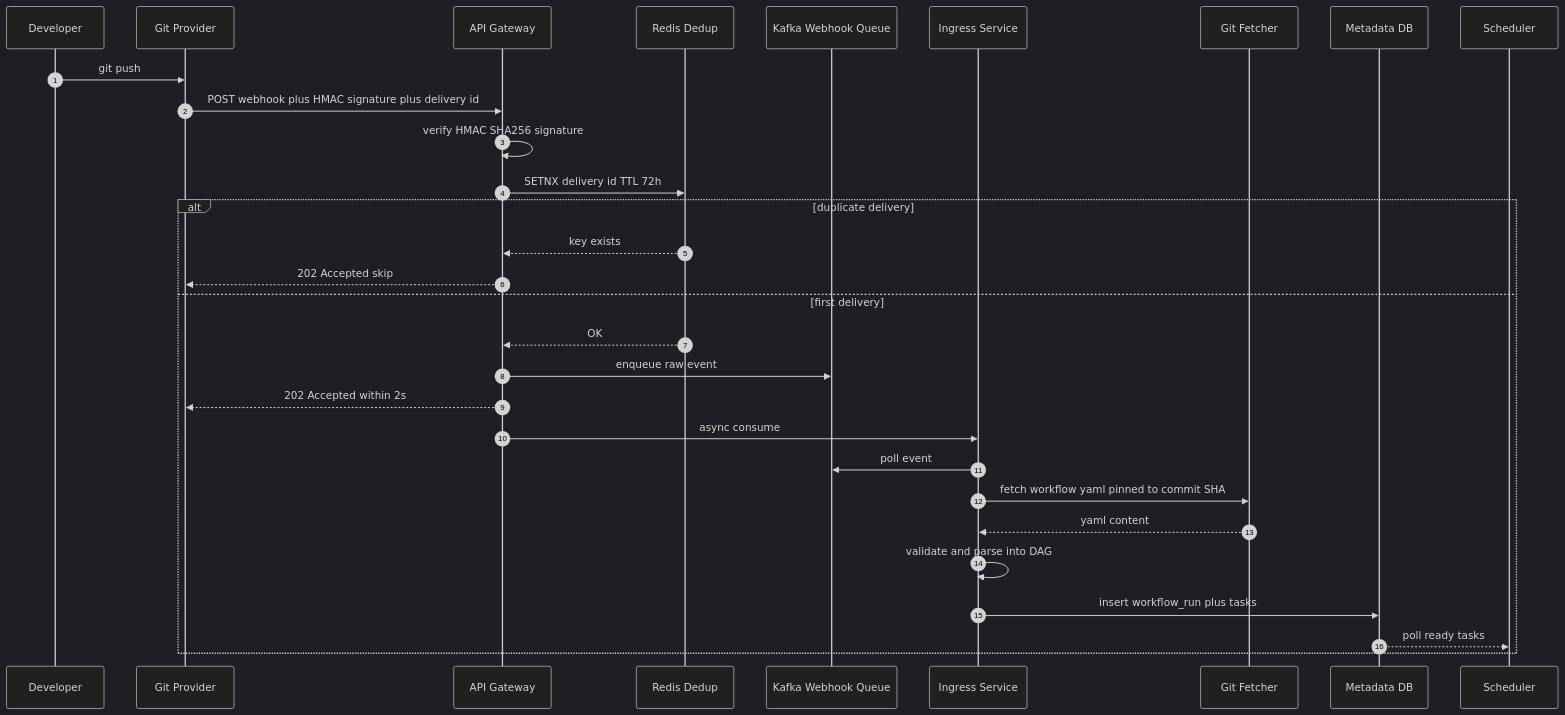
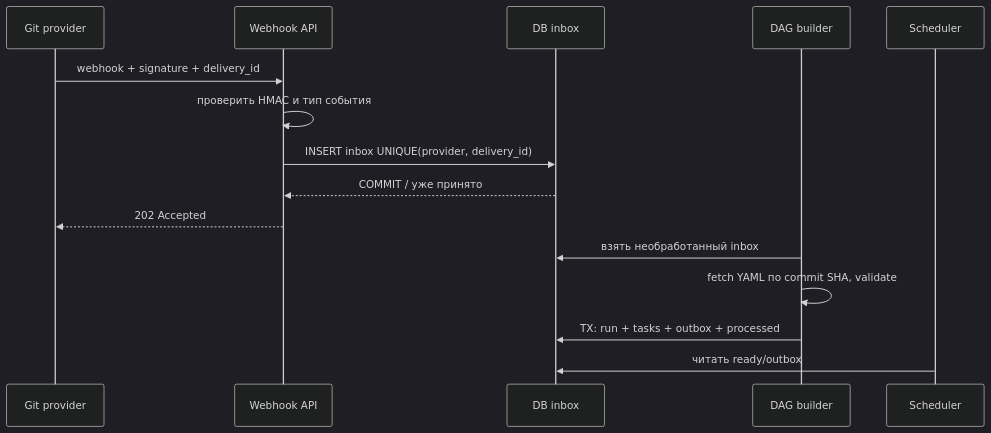
One commit to AlohaJava/system-design-interview-chamkin changed the second of 6 diagrams in 02-case-studies/ci-cd-system.md. Above: the diagram before and after it, drawn with Mermaid (dark theme). The commit also changed other lines of this file and 49 other files, not shown here.

````diff
--- a/02-case-studies/ci-cd-system.md
+++ b/02-case-studies/ci-cd-system.md
@@ -165,33 +130,17 @@
 ```mermaid
 sequenceDiagram
-    autonumber
-    participant D as Developer
-    participant G as Git Provider
-    participant A as API Gateway
-    participant R as Redis Dedup
-    participant K as Kafka Webhook Queue
-    participant I as Ingress Service
-    participant F as Git Fetcher
-    participant M as Metadata DB
+    participant G as Git provider
+    participant A as Webhook API
+    participant D as DB inbox
+    participant I as DAG builder
     participant S as Scheduler
-
-    D->>G: git push
-    G->>A: POST webhook plus HMAC signature plus delivery id
-    A->>A: verify HMAC SHA256 signature
-    A->>R: SETNX delivery id TTL 72h
-    alt duplicate delivery
-        R-->>A: key exists
-        A-->>G: 202 Accepted skip
-    else first delivery
-        R-->>A: OK
-        A->>K: enqueue raw event
-        A-->>G: 202 Accepted within 2s
-        A->>I: async consume
-        I->>K: poll event
-        I->>F: fetch workflow yaml pinned to commit SHA
-        F-->>I: yaml content
-        I->>I: validate and parse into DAG
-        I->>M: insert workflow_run plus tasks
-        M-->>S: poll ready tasks
-    end
+    G->>A: webhook + signature + delivery_id
+    A->>A: проверить HMAC и тип события
+    A->>D: INSERT inbox UNIQUE(provider, delivery_id)
+    D-->>A: COMMIT / уже принято
+    A-->>G: 202 Accepted
+    I->>D: взять необработанный inbox
+    I->>I: fetch YAML по commit SHA, validate
+    I->>D: TX: run + tasks + outbox + processed
+    S->>D: читать ready/outbox
 ```
````
